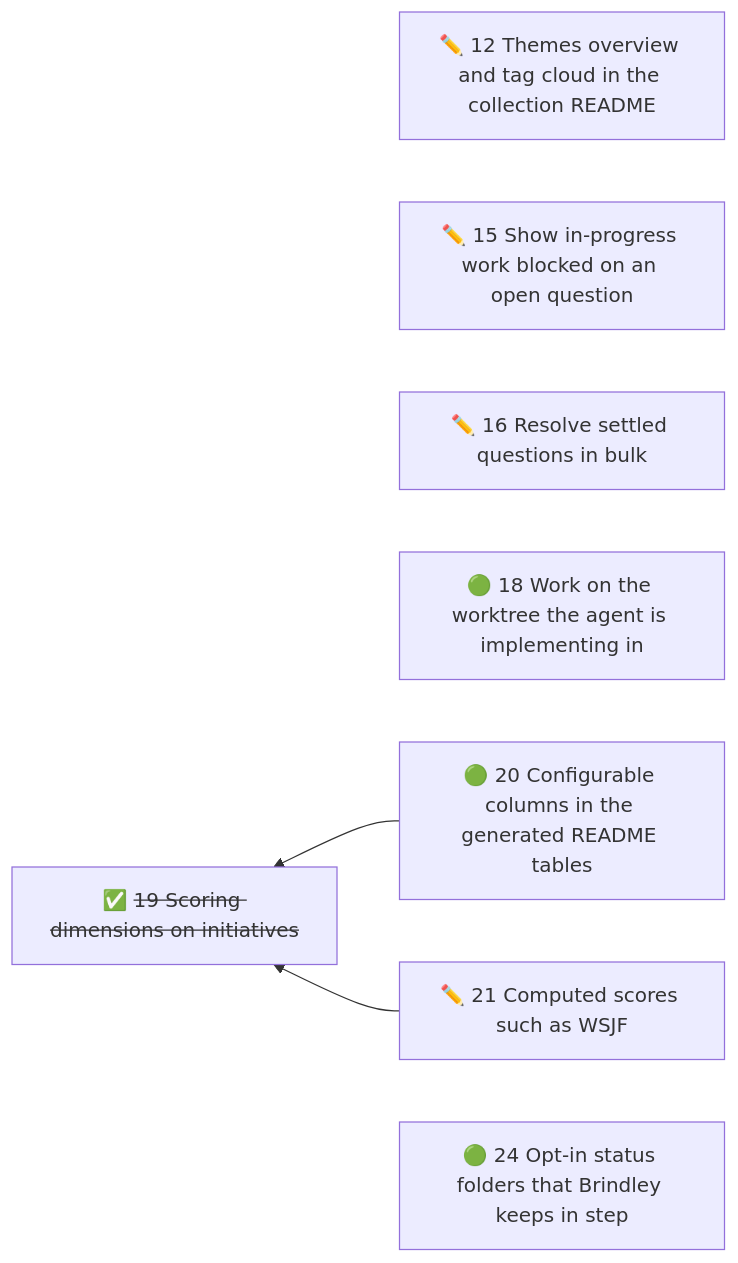
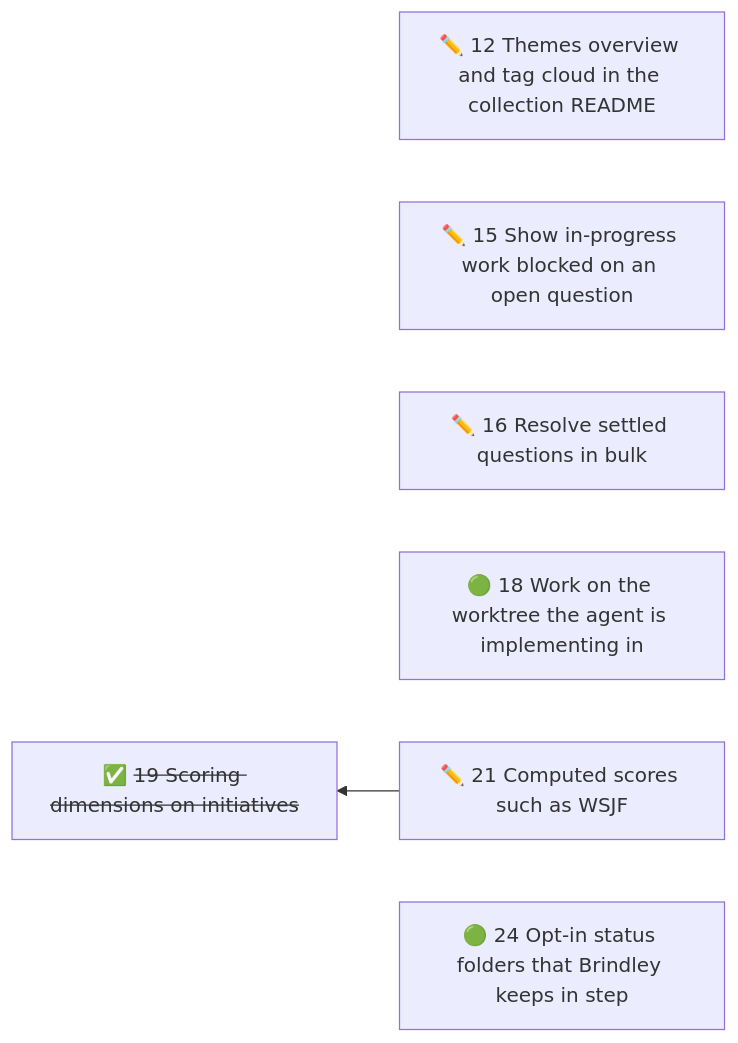
The diagram in initiatives/README.md (duckAsteroid/brindley), drawn with Mermaid before and after one commit. The commit also changed other lines of this file and 9 other files, not shown here.

First line of the commit message:
feat: configurable columns in the generated README tables

````diff
--- a/initiatives/README.md
+++ b/initiatives/README.md
@@ -34,13 +33,11 @@
 ```mermaid
 flowchart RL
   n12["✏️ 12 Themes overview and tag cloud in the collection README"]
   n15["✏️ 15 Show in-progress work blocked on an open question"]
   n16["✏️ 16 Resolve settled questions in bulk"]
   n18["🟢 18 Work on the worktree the agent is implementing in"]
-  n20["🟢 20 Configurable columns in the generated README tables"]
   n21["✏️ 21 Computed scores such as WSJF"]
   n24["🟢 24 Opt-in status folders that Brindley keeps in step"]
   n19["✅ <s>19 Scoring dimensions on initiatives</s>"]
-  n20 --> n19
   n21 --> n19
 ```
````
